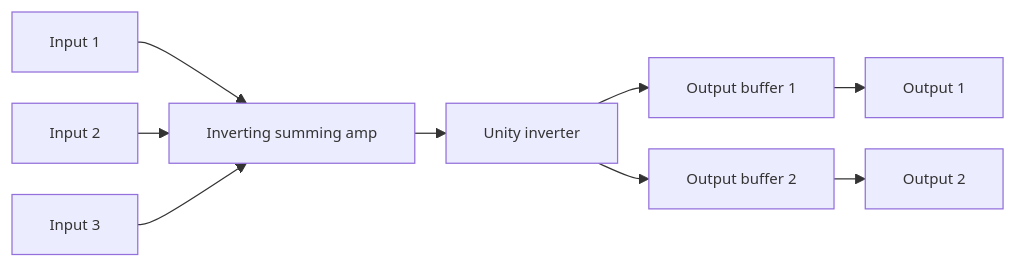
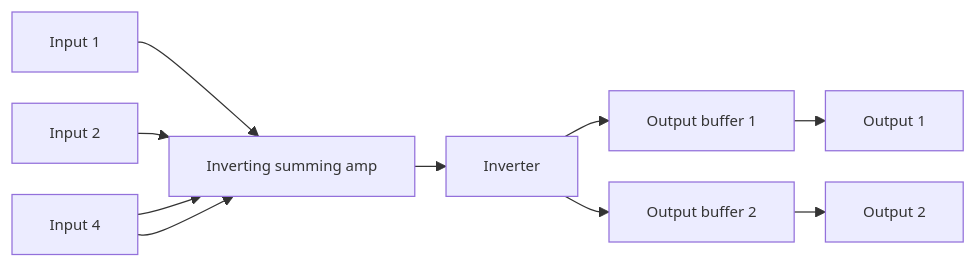
The diagram in summix/Readme.md (thomai-d/eurorack-modules), drawn with Mermaid before and after one commit. The commit also changed other lines of this file and 2 other files, not shown here.

Commit message:
Add summix module

````diff
--- a/summix/Readme.md
+++ b/summix/Readme.md
@@ -25,12 +25,13 @@
 ```mermaid
 %%{init: {"themeVariables": {"fontSize": "12px"}, "flowchart": {"nodeSpacing": 25, "rankSpacing": 25}}}%%
 flowchart LR
 
     IN1["Input 1"] --> SUM["Inverting summing amp"]
     IN2["Input 2"] --> SUM
     IN3["Input 3"] --> SUM
+    IN3["Input 4"] --> SUM
 
-    SUM --> INV["Unity inverter"]
+    SUM --> INV["Inverter"]
     INV --> BUF1["Output buffer 1"] --> OUT1["Output 1"]
     INV --> BUF2["Output buffer 2"] --> OUT2["Output 2"]
 ```
````
